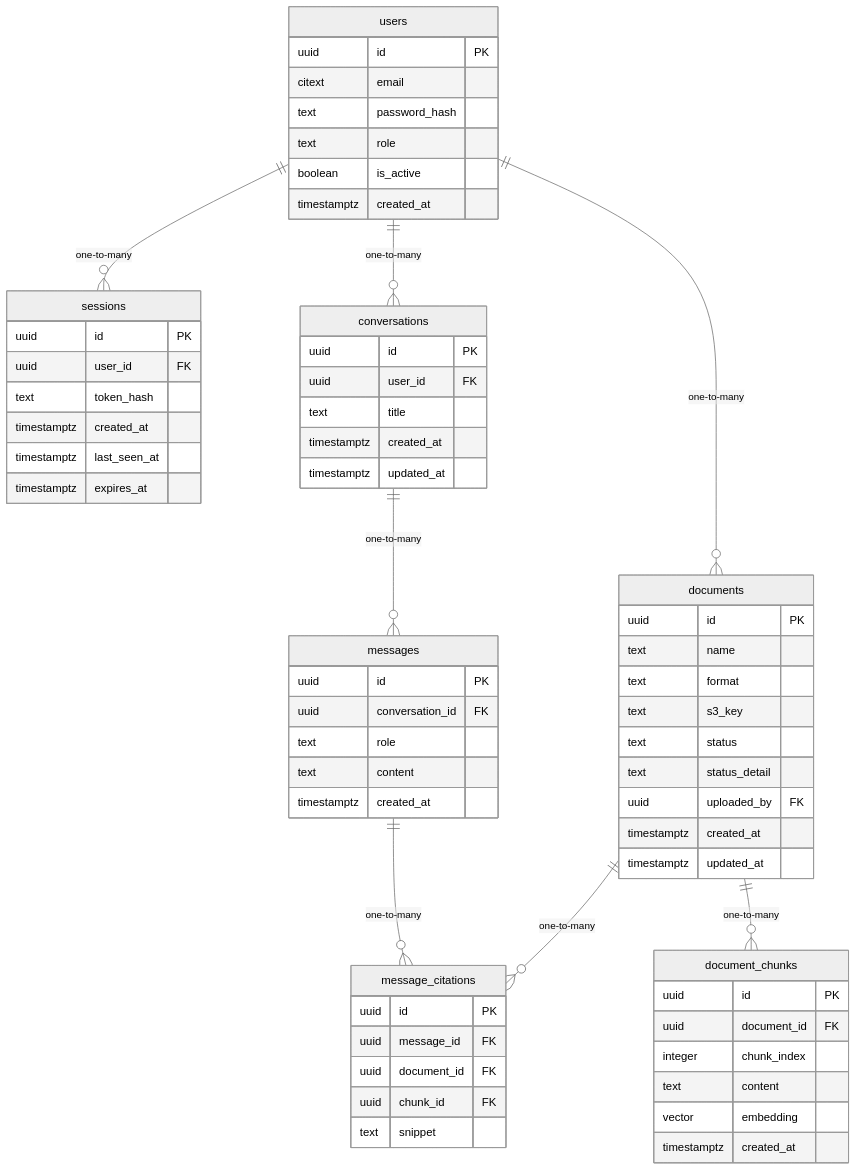
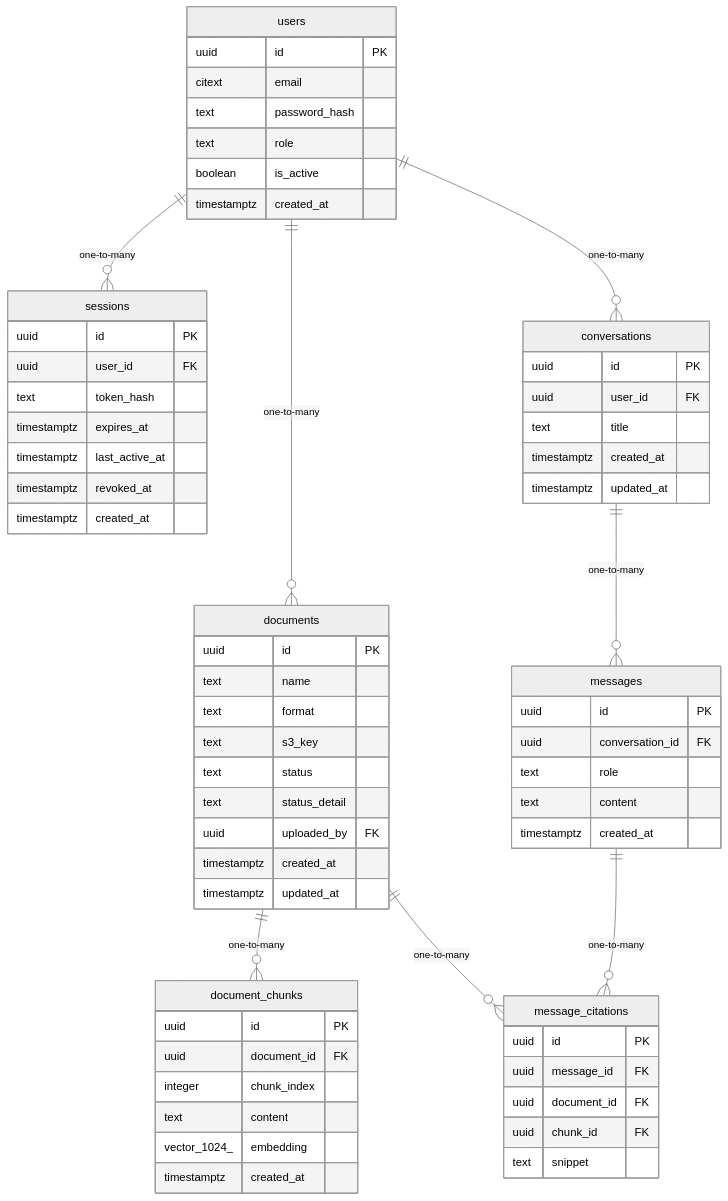
Before and after one commit to saitejaquorq/blogger: the diagram in docs/sdlc/architecture/data-model.md, drawn with Mermaid (neutral theme). The commit also changed other lines of this file and 15 other files, not shown here.

````diff
--- a/docs/sdlc/architecture/data-model.md
+++ b/docs/sdlc/architecture/data-model.md
@@ -95,66 +96,67 @@
 ```mermaid
 erDiagram
   users {
     uuid id PK
     citext email
     text password_hash
     text role
     boolean is_active
     timestamptz created_at
   }
   sessions {
     uuid id PK
     uuid user_id FK
     text token_hash
+    timestamptz expires_at
+    timestamptz last_active_at
+    timestamptz revoked_at
     timestamptz created_at
-    timestamptz last_seen_at
-    timestamptz expires_at
   }
   documents {
     uuid id PK
     text name
     text format
     text s3_key
     text status
     text status_detail
     uuid uploaded_by FK
     timestamptz created_at
     timestamptz updated_at
   }
   document_chunks {
     uuid id PK
     uuid document_id FK
     integer chunk_index
     text content
-    vector embedding
+    vector_1024_ embedding
     timestamptz created_at
   }
   conversations {
     uuid id PK
     uuid user_id FK
     text title
     timestamptz created_at
     timestamptz updated_at
   }
   messages {
     uuid id PK
     uuid conversation_id FK
     text role
     text content
     timestamptz created_at
   }
   message_citations {
     uuid id PK
     uuid message_id FK
     uuid document_id FK
     uuid chunk_id FK
     text snippet
   }
   users ||--o{ sessions : "one-to-many"
+  users ||--o{ documents : "one-to-many"
   users ||--o{ conversations : "one-to-many"
-  users ||--o{ documents : "one-to-many"
+  documents ||--o{ document_chunks : "one-to-many"
   conversations ||--o{ messages : "one-to-many"
-  documents ||--o{ document_chunks : "one-to-many"
   messages ||--o{ message_citations : "one-to-many"
   documents ||--o{ message_citations : "one-to-many"
 ```
````
